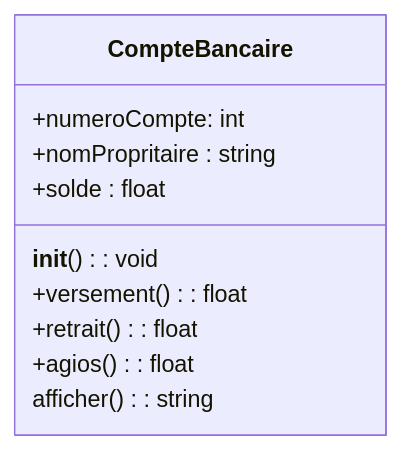
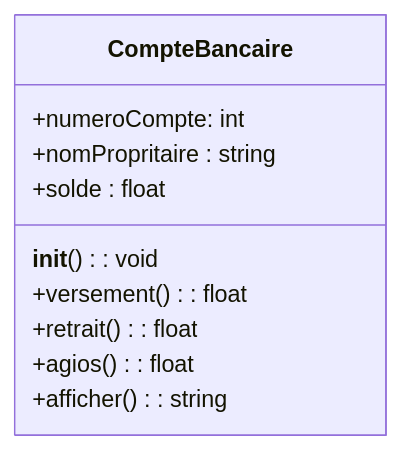
One commit to elghallali/KaoutarTD changed the second of 2 diagrams in README.md. Above: the diagram before and after it, drawn with Mermaid.

````diff
--- a/README.md
+++ b/README.md
@@ -54,13 +54,13 @@
 ```mermaid
 classDiagram
     class CompteBancaire{
     +numeroCompte: int
     +nomPropritaire : string
     +solde : float
     __init__(): void
     +versement(): float
     +retrait(): float
     +agios(): float
-    afficher(): string
+    +afficher(): string
     }
 ```
````
